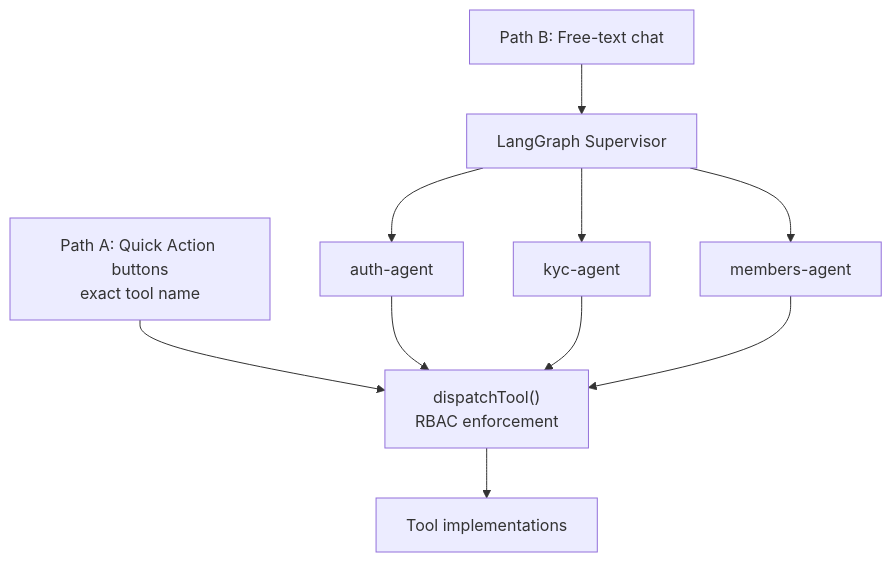
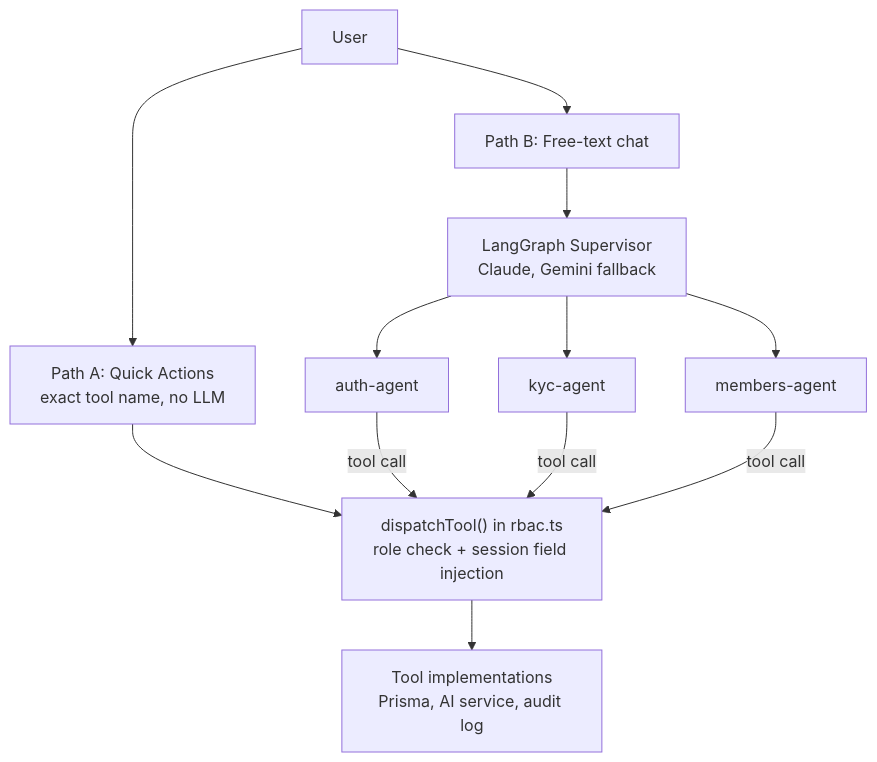
Before and after one commit to Monisha325/VerifyKYC: the second of 2 diagrams in README.md, drawn with Mermaid. The commit also changed other lines of this file, not shown here.

````diff
--- a/README.md
+++ b/README.md
@@ -60,12 +60,14 @@
 ```mermaid
 flowchart TD
-    A[Path A: Quick Action buttons<br/>exact tool name] --> D
-    B[Path B: Free-text chat] --> S[LangGraph Supervisor]
+    U[User] --> A["Path A: Quick Actions<br/>exact tool name, no LLM"]
+    U --> B["Path B: Free-text chat"]
+    B --> S["LangGraph Supervisor<br/>Claude, Gemini fallback"]
     S --> AA[auth-agent]
     S --> KA[kyc-agent]
     S --> MA[members-agent]
-    AA --> D
-    KA --> D
-    MA --> D
-    D["dispatchTool()<br/>RBAC enforcement"] --> T[Tool implementations]
+    A --> D
+    AA -->|tool call| D
+    KA -->|tool call| D
+    MA -->|tool call| D
+    D["dispatchTool() in rbac.ts<br/>role check + session field injection"] --> T["Tool implementations<br/>Prisma, AI service, audit log"]
 ```
````
